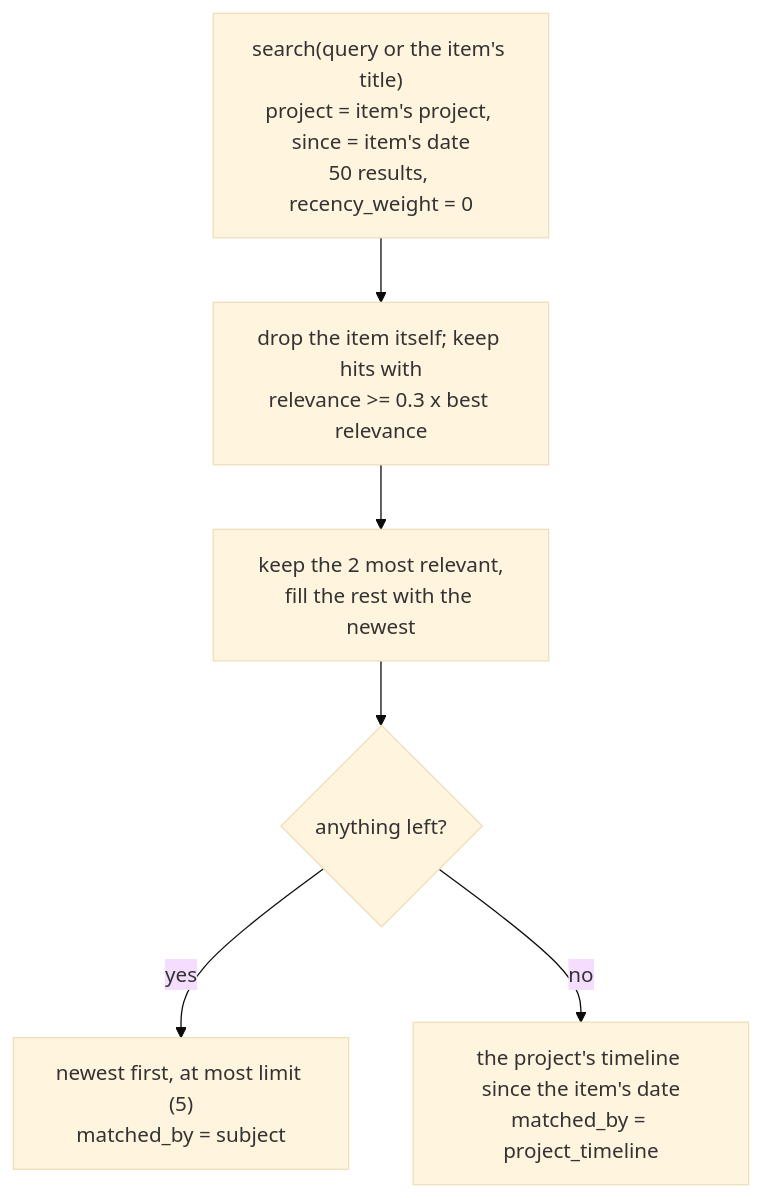
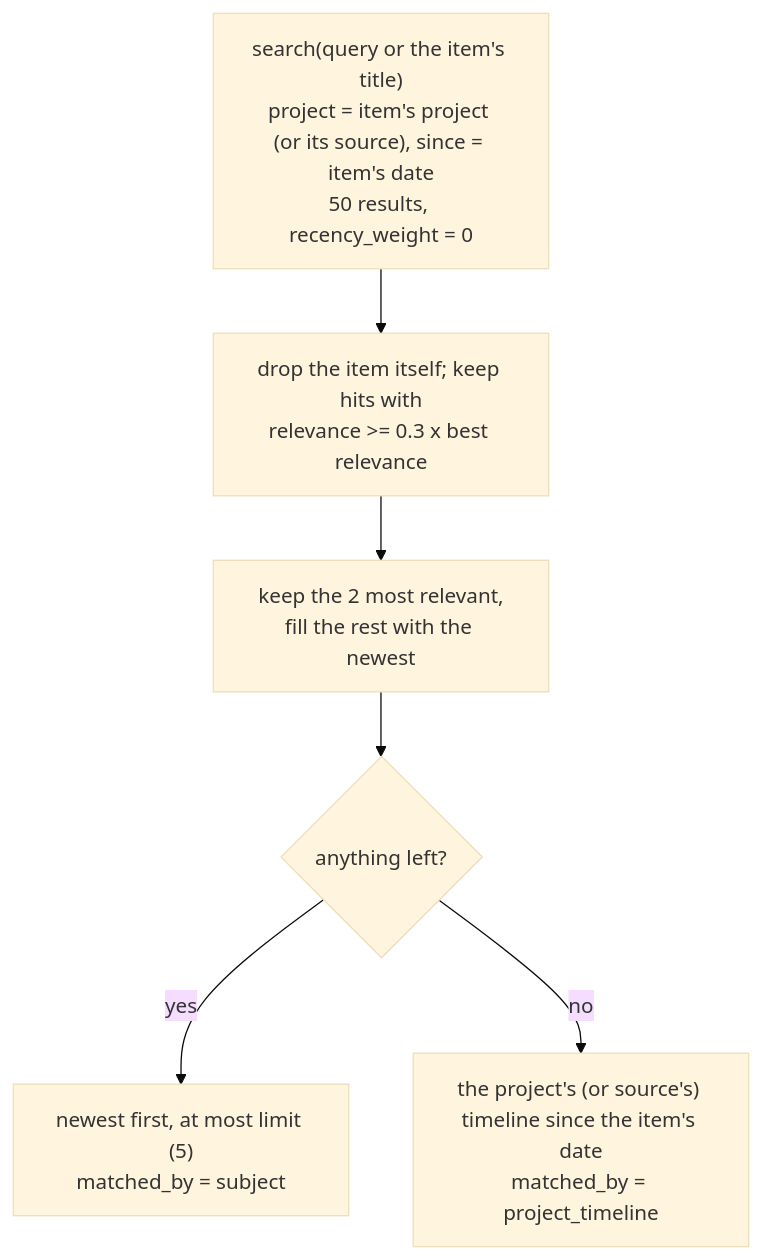
The second of 2 diagrams in docs/explanation/search.md (MarsGotta/jezero), drawn with Mermaid (base theme) before and after one commit. The commit also changed other lines of this file and 37 other files, not shown here.

````diff
--- a/docs/explanation/search.md
+++ b/docs/explanation/search.md
@@ -219,8 +220,8 @@
 ```mermaid
 flowchart TD
-  S["search(query or the item's title)<br/>project = item's project, since = item's date<br/>50 results, recency_weight = 0"] --> F["drop the item itself; keep hits with<br/>relevance >= 0.3 x best relevance"]
+  S["search(query or the item's title)<br/>project = item's project (or its source), since = item's date<br/>50 results, recency_weight = 0"] --> F["drop the item itself; keep hits with<br/>relevance >= 0.3 x best relevance"]
   F --> K["keep the 2 most relevant,<br/>fill the rest with the newest"]
   K --> E{"anything left?"}
   E -- yes --> O["newest first, at most limit (5)<br/>matched_by = subject"]
-  E -- no --> TL["the project's timeline since the item's date<br/>matched_by = project_timeline"]
+  E -- no --> TL["the project's (or source's) timeline since the item's date<br/>matched_by = project_timeline"]
 ```
````
